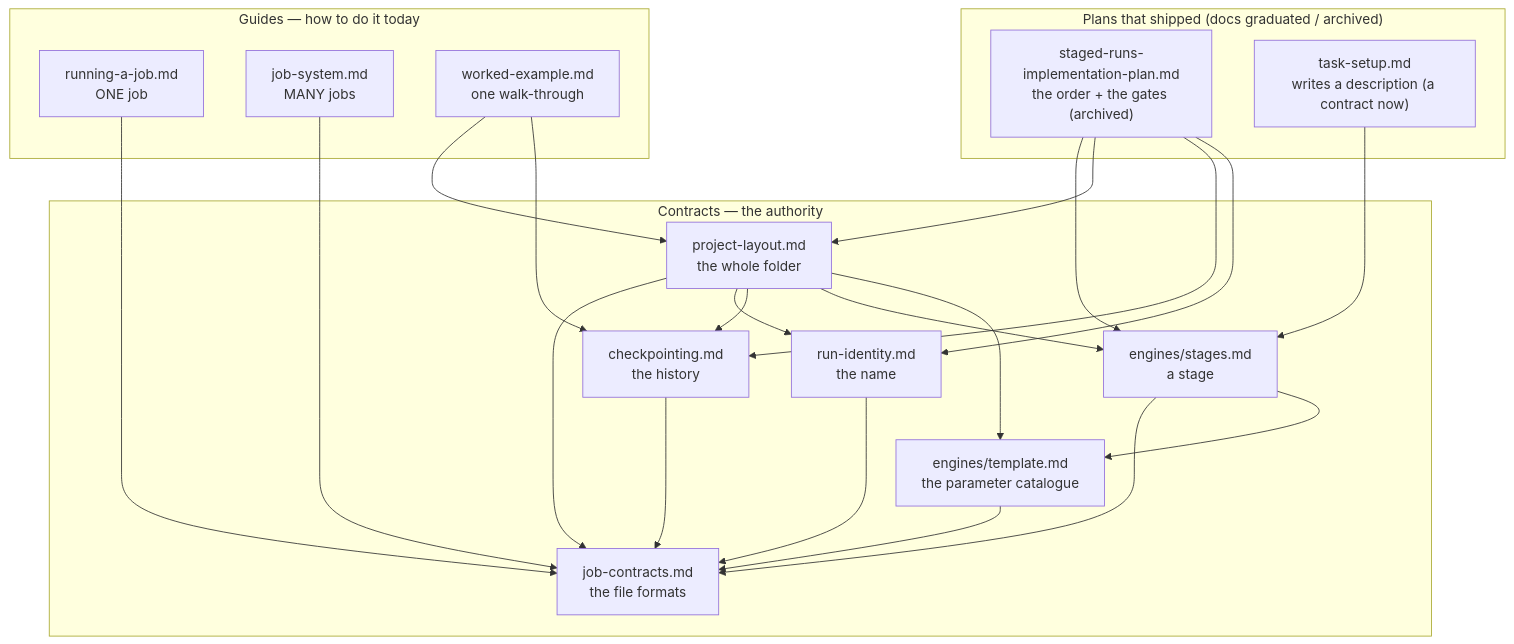
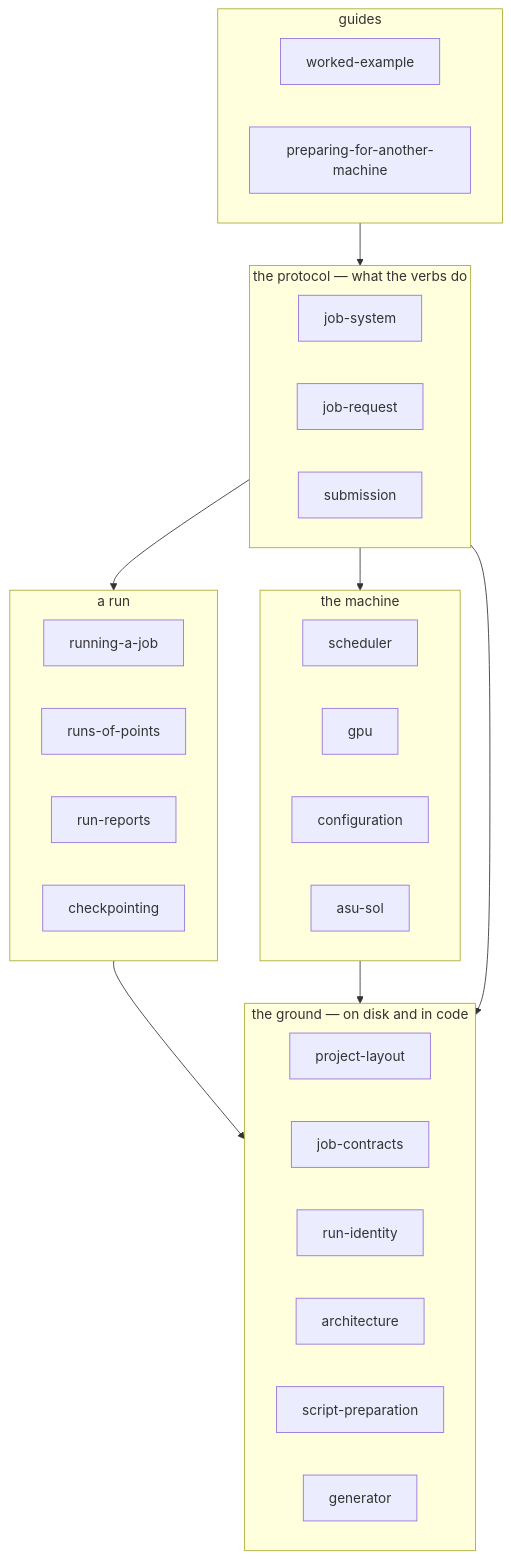
Before and after one commit to Qing-LAB/molbuilder: the second of 2 diagrams in docs/execution/overview.md, drawn with Mermaid. The commit also changed other lines of this file and 30 other files, not shown here.

````diff
--- a/docs/execution/overview.md
+++ b/docs/execution/overview.md
@@ -88,30 +135,38 @@
 ```mermaid
 flowchart TB
-    subgraph plans["Plans that shipped (docs graduated / archived)"]
-      IMP["staged-runs-implementation-plan.md<br/>the order + the gates (archived)"]
-      TSP["task-setup.md<br/>writes a description (a contract now)"]
+    subgraph guides["guides"]
+      WE["worked-example"]
+      PFM["preparing-for-another-machine"]
     end
-    subgraph guides["Guides — how to do it today"]
-      RAJ["running-a-job.md<br/>ONE job"]
-      JS["job-system.md<br/>MANY jobs"]
-      WE["worked-example.md<br/>one walk-through"]
+    subgraph protocol["the protocol — what the verbs do"]
+      JS["job-system"]
+      JR["job-request"]
+      SUB["submission"]
     end
-    subgraph contracts["Contracts — the authority"]
-      PL["project-layout.md<br/>the whole folder"]
-      CP["checkpointing.md<br/>the history"]
-      RI["run-identity.md<br/>the name"]
-      ST["engines/stages.md<br/>a stage"]
-      TPL["engines/template.md<br/>the parameter catalogue"]
-      JC["job-contracts.md<br/>the file formats"]
+    subgraph runtime["a run"]
+      RAJ["running-a-job"]
+      ROP["runs-of-points"]
+      RR["run-reports"]
+      CP["checkpointing"]
     end
-    TSP --> ST
-    IMP --> ST & PL & CP & RI
-    WE --> PL & CP
-    JS --> JC
-    RAJ --> JC
-    PL --> JC & RI & CP & ST & TPL
-    CP --> JC
-    RI --> JC
-    ST --> JC & TPL
-    TPL --> JC
+    subgraph machine["the machine"]
+      SCH["scheduler"]
+      GPU["gpu"]
+      CONF["configuration"]
+      SOL["asu-sol"]
+    end
+    subgraph ground["the ground — on disk and in code"]
+      PL["project-layout"]
+      JC["job-contracts"]
+      RI["run-identity"]
+      ARCH["architecture"]
+      SP["script-preparation"]
+      GEN["generator"]
+    end
+    guides --> protocol
+    protocol --> runtime
+    protocol --> machine
+    runtime --> ground
+    machine --> ground
+    protocol --> ground
 ```
````
